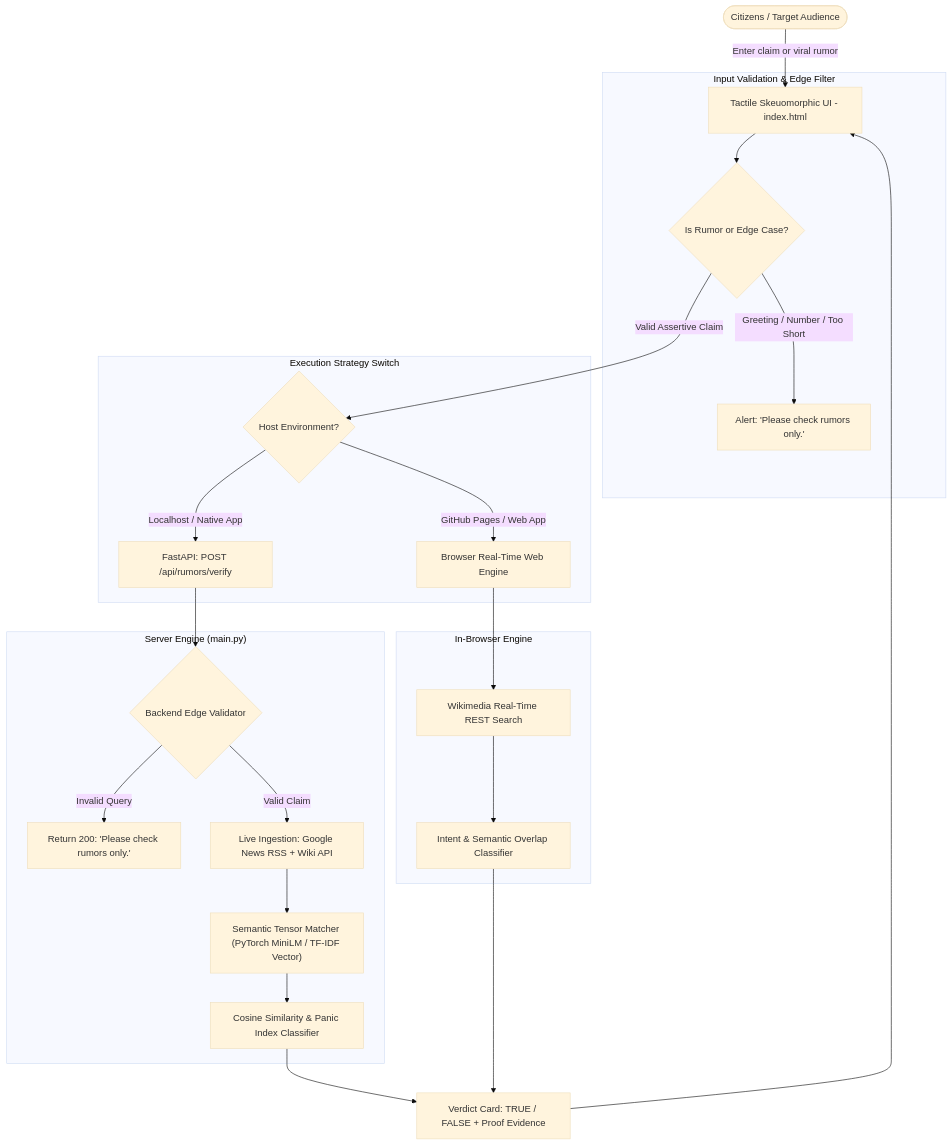
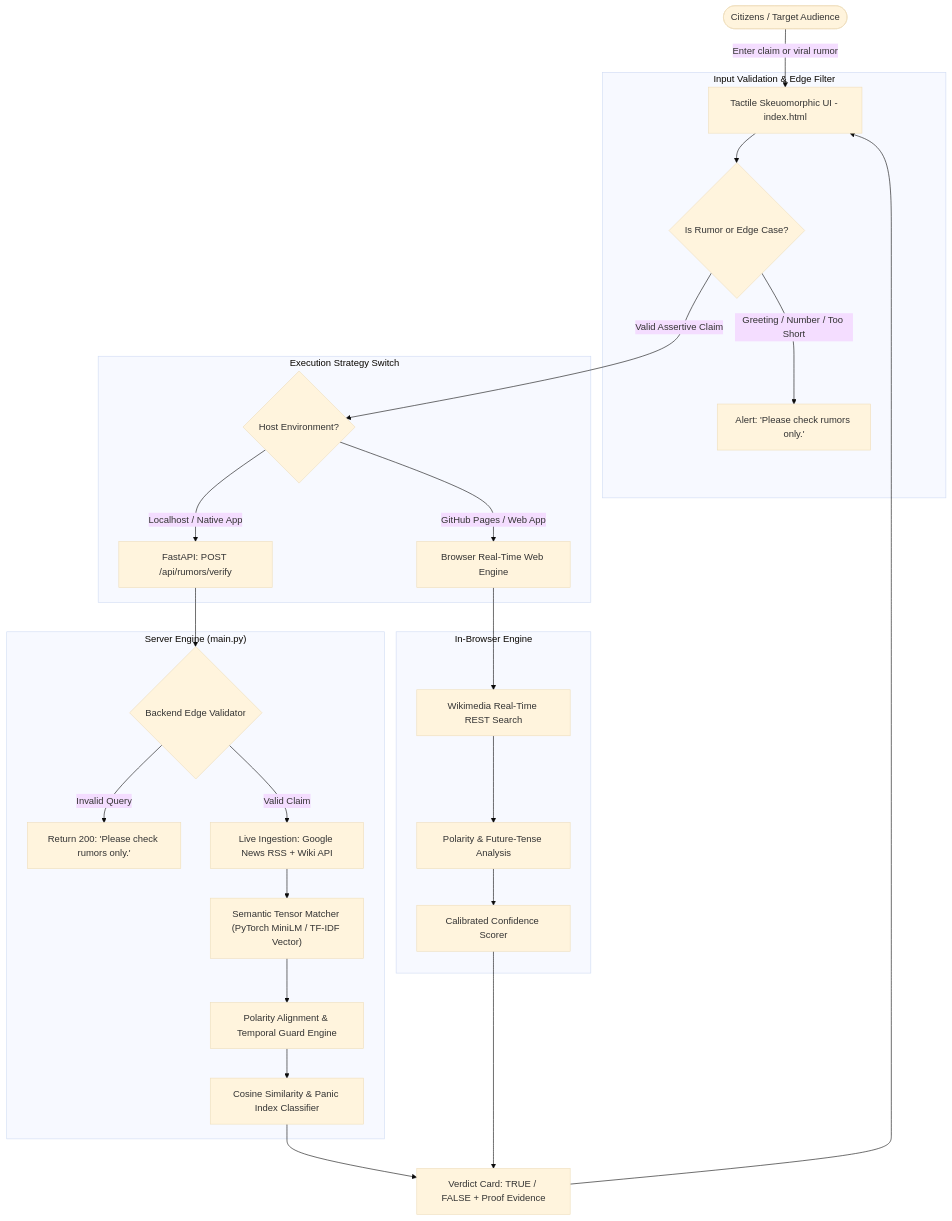
The diagram in README.md (1SHAMAY1/CivicTrustHub), drawn with Mermaid (base theme) before and after one commit. The commit also changed other lines of this file, not shown here.

Commit message:
Update README with multi-layer precision engine and enhanced architecture diagram

````diff
--- a/README.md
+++ b/README.md
@@ -36,32 +45,34 @@
 ```mermaid
 flowchart TD
     User([Citizens / Target Audience]) -->|Enter claim or viral rumor| UI[Tactile Skeuomorphic UI - index.html]
     
     subgraph PreValidation ["Input Validation & Edge Filter"]
         UI --> EdgeFilter{Is Rumor or Edge Case?}
         EdgeFilter -->|Greeting / Number / Too Short| Warning["Alert: 'Please check rumors only.'"]
     end
 
     subgraph RuntimeDispatch ["Execution Strategy Switch"]
         EdgeFilter -->|Valid Assertive Claim| EnvSwitch{Host Environment?}
         EnvSwitch -->|Localhost / Native App| BackendAPI["FastAPI: POST /api/rumors/verify"]
         EnvSwitch -->|GitHub Pages / Web App| ClientLiveEngine[Browser Real-Time Web Engine]
     end
 
     subgraph ServerBackend ["Server Engine (main.py)"]
         BackendAPI --> ServerEdge{Backend Edge Validator}
         ServerEdge -->|Invalid Query| FastReject["Return 200: 'Please check rumors only.'"]
         ServerEdge -->|Valid Claim| LiveSweep[Live Ingestion: Google News RSS + Wiki API]
         LiveSweep --> TensorMatcher["Semantic Tensor Matcher (PyTorch MiniLM / TF-IDF Vector)"]
-        TensorMatcher --> ScoreEngine["Cosine Similarity & Panic Index Classifier"]
+        TensorMatcher --> PolarityTemporal["Polarity Alignment & Temporal Guard Engine"]
+        PolarityTemporal --> ScoreEngine["Cosine Similarity & Panic Index Classifier"]
     end
 
     subgraph BrowserEngine ["In-Browser Engine"]
         ClientLiveEngine --> WikiSearch[Wikimedia Real-Time REST Search]
-        WikiSearch --> KeywordDensity[Intent & Semantic Overlap Classifier]
+        WikiSearch --> PolarityTemporalClient["Polarity & Future-Tense Analysis"]
+        PolarityTemporalClient --> KeywordDensity[Calibrated Confidence Scorer]
     end
 
     ScoreEngine --> VerdictCard[Verdict Card: TRUE / FALSE + Proof Evidence]
     KeywordDensity --> VerdictCard
     VerdictCard --> UI
 ```
````
